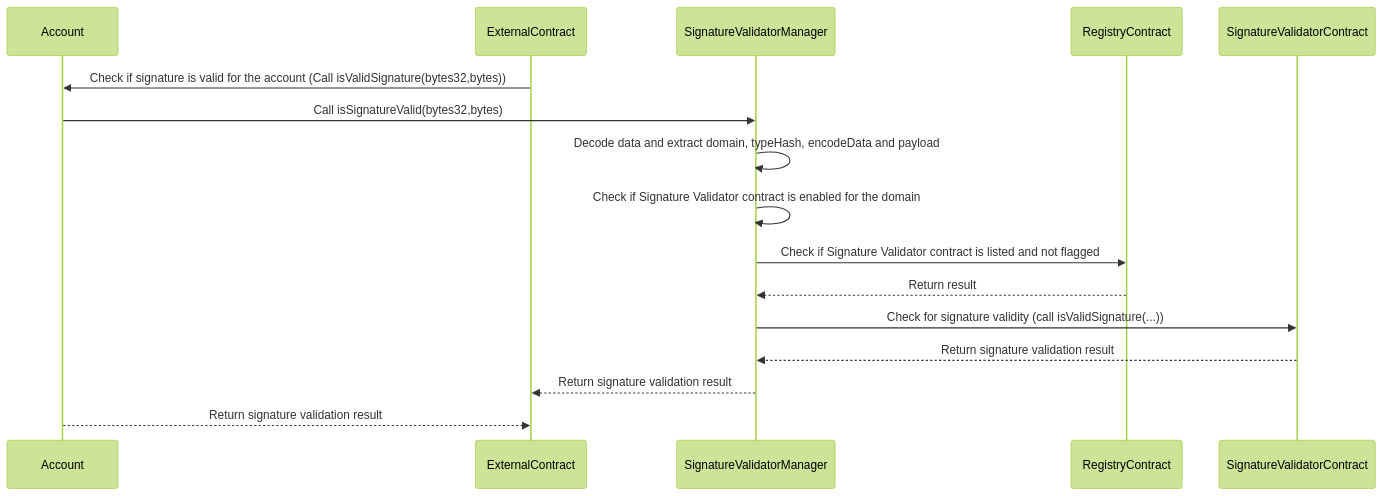
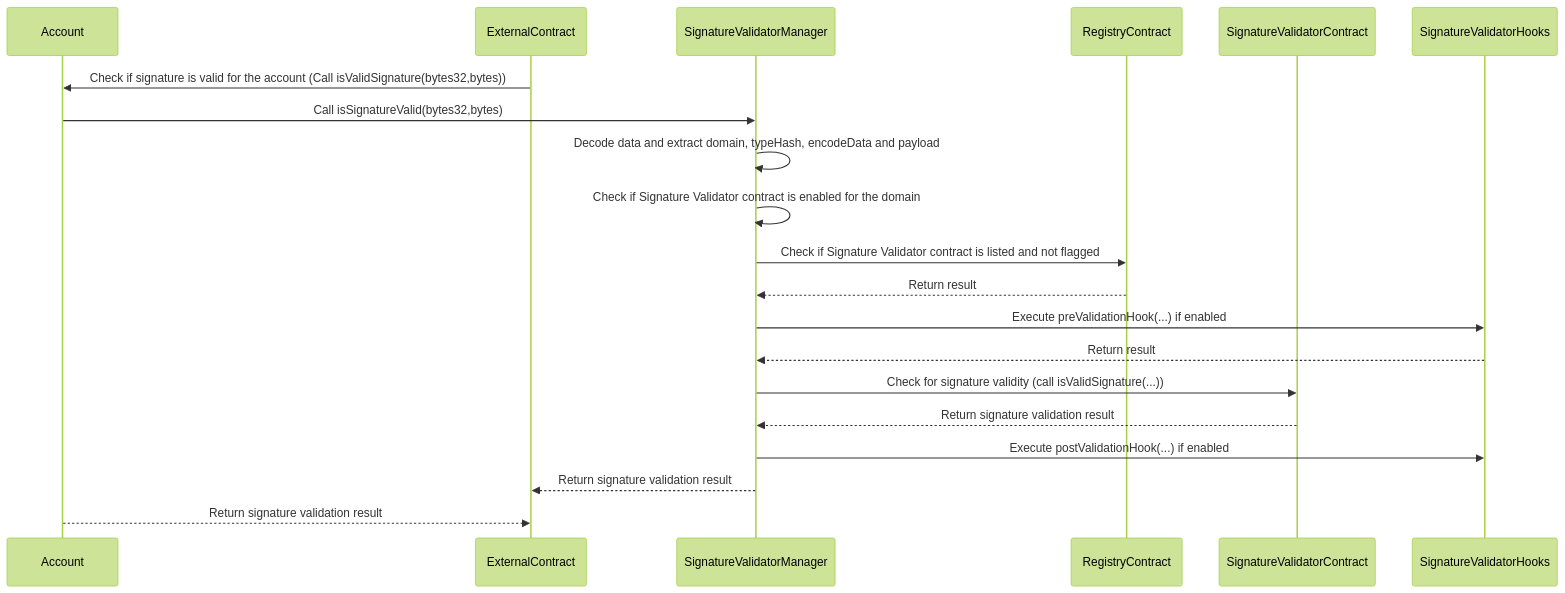
Before and after one commit to 5afe/safe-core-protocol-specs: the second of 2 diagrams in modules/README.md, drawn with Mermaid (forest theme). The commit also changed other lines of this file, not shown here.

Commit message:
[#43] Add hooks for signature validator

````diff
--- a/modules/README.md
+++ b/modules/README.md
@@ -201,19 +222,24 @@
 ```mermaid
 sequenceDiagram
 	participant Account
 	participant ExternalContract
 	participant SignatureValidatorManager
 	participant RegistryContract
 	participant SignatureValidatorContract
+    participant SignatureValidatorHooks
 
 	ExternalContract->>Account: Check if signature is valid for the account (Call isValidSignature(bytes32,bytes))
     Account->>SignatureValidatorManager: Call isSignatureValid(bytes32,bytes)
     SignatureValidatorManager->>SignatureValidatorManager: Decode data and extract domain, typeHash, encodeData and payload
     SignatureValidatorManager->>SignatureValidatorManager: Check if Signature Validator contract is enabled for the domain
 	SignatureValidatorManager->>RegistryContract: Check if Signature Validator contract is listed and not flagged
 	RegistryContract-->>SignatureValidatorManager: Return result
+    SignatureValidatorManager->>SignatureValidatorHooks: Execute preValidationHook(...) if enabled
+    SignatureValidatorHooks-->>SignatureValidatorManager: Return result
+
 	SignatureValidatorManager->>SignatureValidatorContract: Check for signature validity (call isValidSignature(...))
 	SignatureValidatorContract-->>SignatureValidatorManager: Return signature validation result
+    SignatureValidatorManager->>SignatureValidatorHooks: Execute postValidationHook(...) if enabled
 	SignatureValidatorManager-->>ExternalContract: Return signature validation result
     Account-->>ExternalContract: Return signature validation result
 ```
````
